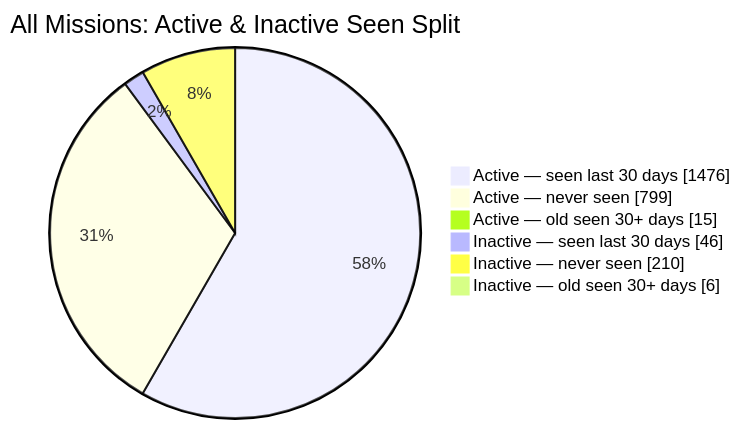
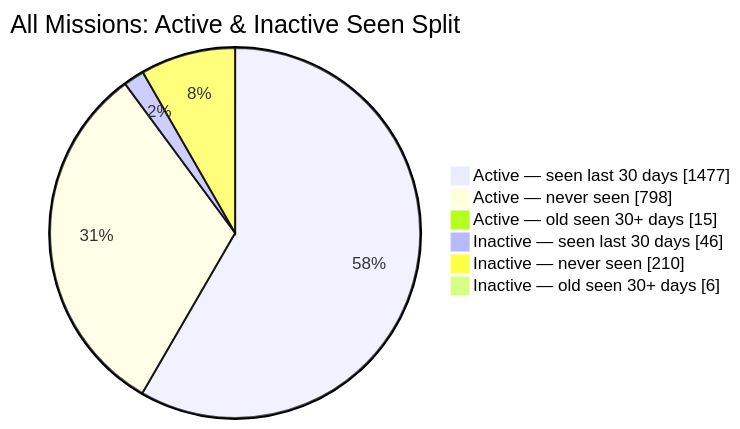
The second of 2 diagrams in README.md (MeldkamerspelGameTeam/active-missions), drawn with Mermaid before and after one commit. The commit also changed other lines of this file and 3 other files, not shown here.

````diff
--- a/README.md
+++ b/README.md
@@ -44,10 +44,10 @@
 ```mermaid
 pie showData
     title All Missions: Active & Inactive Seen Split
-    "Active — seen last 30 days" : 1476
-    "Active — never seen" : 799
+    "Active — seen last 30 days" : 1477
+    "Active — never seen" : 798
     "Active — old seen 30+ days" : 15
     "Inactive — seen last 30 days" : 46
     "Inactive — never seen" : 210
     "Inactive — old seen 30+ days" : 6
 ```
````
